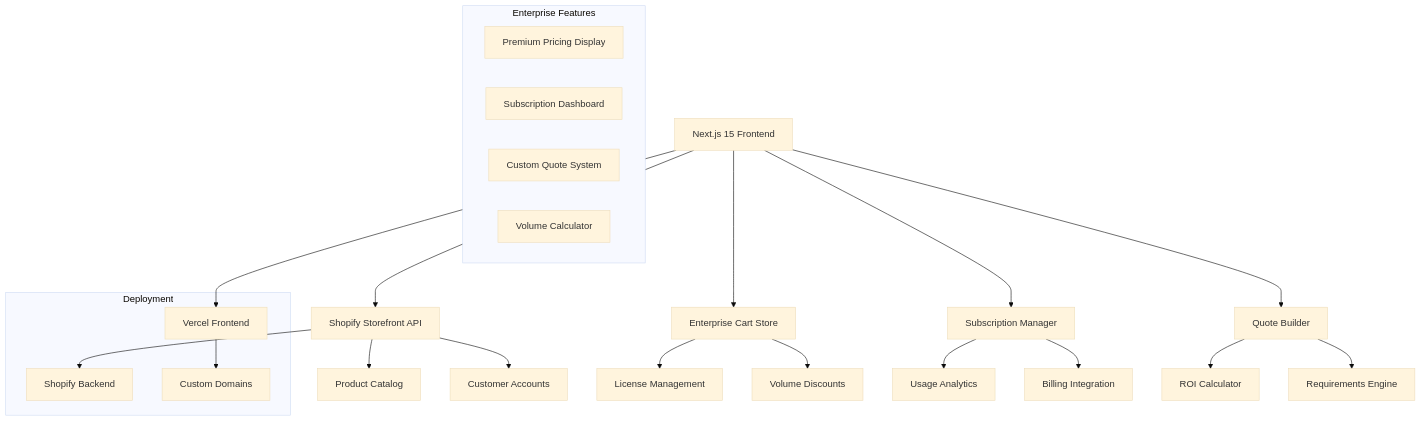
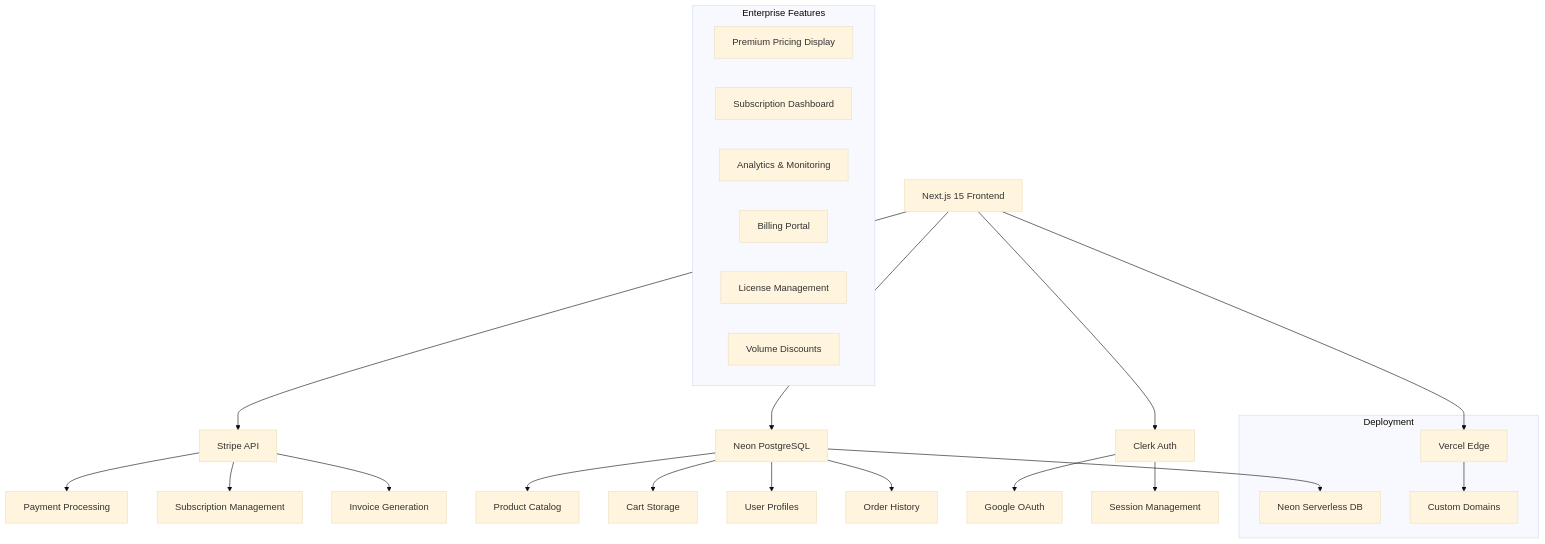
The diagram in README.md (code-craka/afilo-nextjs-shopify-app), drawn with Mermaid (base theme) before and after one commit. The commit also changed other lines of this file and 191 other files, not shown here.

First line of the commit message:
refactor: Major platform migration from Shopify to Stripe-native architecture

````diff
--- a/README.md
+++ b/README.md
@@ -108,32 +109,37 @@
 ```mermaid
 graph TD
-    A[Next.js 15 Frontend] --> B[Shopify Storefront API]
-    A --> C[Enterprise Cart Store]
-    A --> D[Subscription Manager]
-    A --> E[Quote Builder]
-    B --> F[Product Catalog]
-    B --> G[Customer Accounts]
-    C --> H[License Management]
-    C --> I[Volume Discounts]
-    D --> J[Usage Analytics]
-    D --> K[Billing Integration]
-    E --> L[ROI Calculator]
-    E --> M[Requirements Engine]
+    A[Next.js 15 Frontend] --> B[Stripe API]
+    A --> C[Neon PostgreSQL]
+    A --> D[Clerk Auth]
+
+    B --> E[Payment Processing]
+    B --> F[Subscription Management]
+    B --> G[Invoice Generation]
+
+    C --> H[Product Catalog]
+    C --> I[Cart Storage]
+    C --> J[User Profiles]
+    C --> K[Order History]
+
+    D --> L[Google OAuth]
+    D --> M[Session Management]
 
     subgraph "Enterprise Features"
         N[Premium Pricing Display]
         O[Subscription Dashboard]
-        P[Custom Quote System]
-        Q[Volume Calculator]
+        P[Analytics & Monitoring]
+        Q[Billing Portal]
+        R[License Management]
+        S[Volume Discounts]
     end
 
     subgraph "Deployment"
-        R[Vercel Frontend]
-        S[Shopify Backend]
-        T[Custom Domains]
+        T[Vercel Edge]
+        U[Neon Serverless DB]
+        V[Custom Domains]
     end
 
-    A --> R
-    B --> S
-    R --> T
+    A --> T
+    C --> U
+    T --> V
 ```
````
